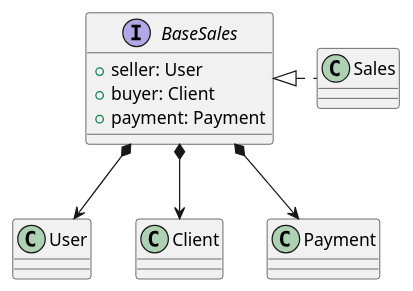
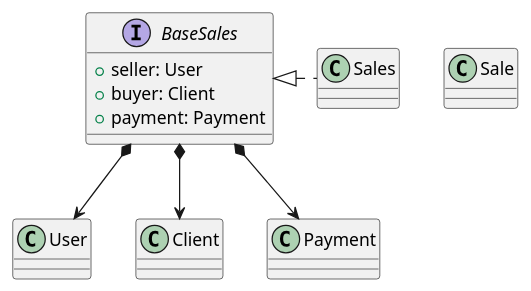
Before and after one commit to Chiqui1234ok/lions-app: the diagram in back/uml/Sales.puml, drawn with PlantUML.

Commit message:
"Sales" word goes in singular

```diff
--- a/back/uml/Sales.puml
+++ b/back/uml/Sales.puml
@@ -1,21 +1,21 @@
 @startuml
 
 interface BaseSales {
     + seller: User
     + buyer: Client
     + payment: Payment
 }
 
-class Sales {
+class Sale {
 
 }
 
 ' Inheritance
 BaseSales <|.r. Sales
 
 ' Composition
 BaseSales *--> User
 BaseSales *--> Client
 BaseSales *--> Payment
 
 @enduml
```
